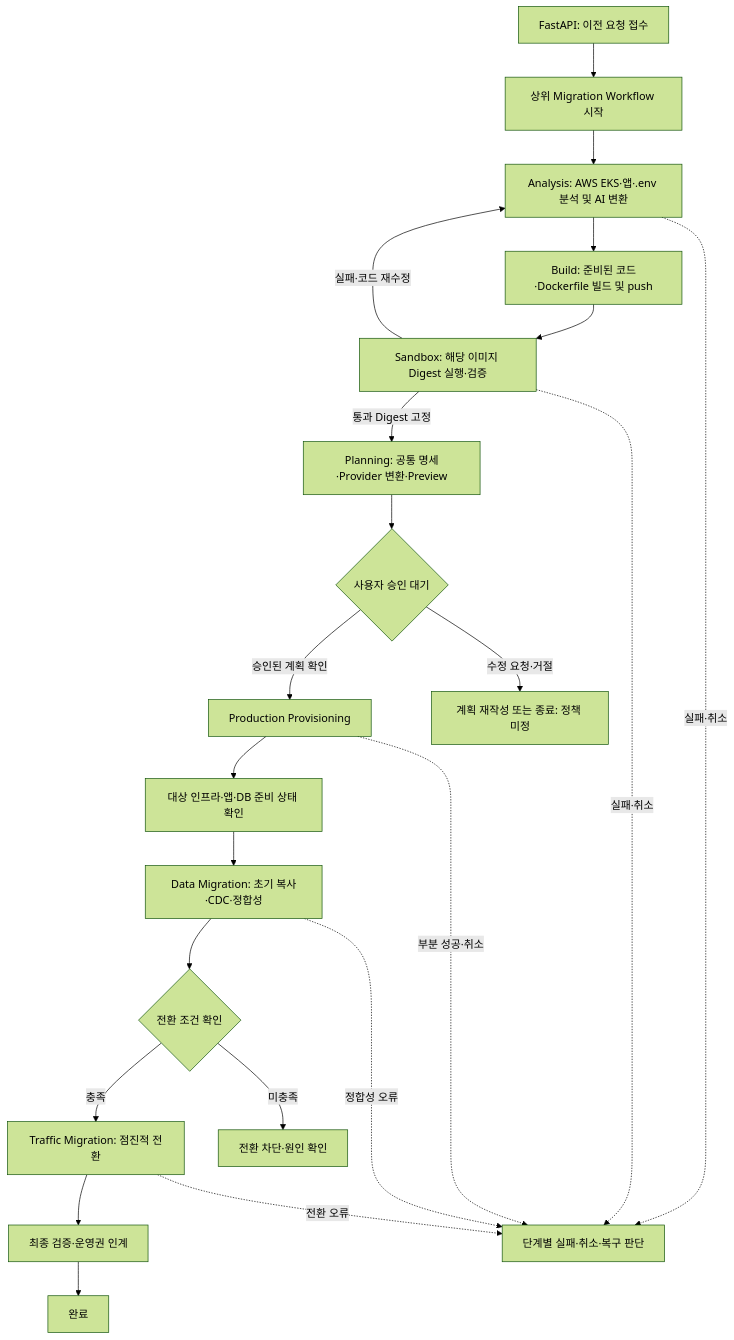
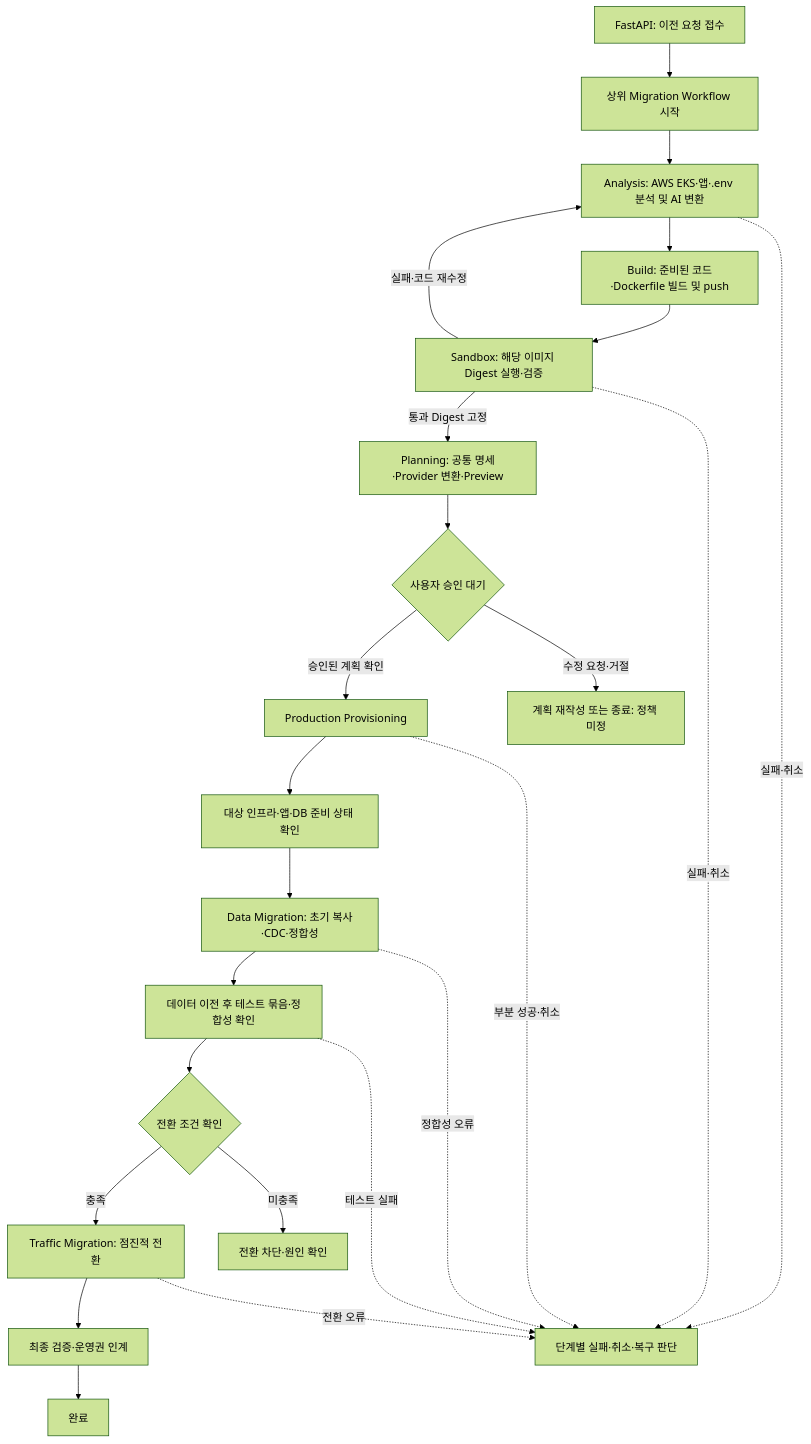
One commit to SoftBank-Hackathon-2026-Team-Jackal/cloud-migration-platform changed the diagram in docs/architecture/temporal-flow.md. Above: the diagram before and after it, drawn with Mermaid (forest theme). The commit also changed other lines of this file and 17 other files, not shown here.

````diff
--- a/docs/architecture/temporal-flow.md
+++ b/docs/architecture/temporal-flow.md
@@ -34,24 +34,26 @@
 ```mermaid
 flowchart TD
     A[FastAPI: 이전 요청 접수] --> B[상위 Migration Workflow 시작]
     B --> C[Analysis: AWS EKS·앱·.env 분석 및 AI 변환]
     C --> E[Build: 준비된 코드·Dockerfile 빌드 및 push]
     E --> D[Sandbox: 해당 이미지 Digest 실행·검증]
     D -->|실패·코드 재수정| C
     D -->|통과 Digest 고정| F[Planning: 공통 명세·Provider 변환·Preview]
     F --> G{사용자 승인 대기}
     G -->|승인된 계획 확인| H[Production Provisioning]
     G -->|수정 요청·거절| X[계획 재작성 또는 종료: 정책 미정]
     H --> I[대상 인프라·앱·DB 준비 상태 확인]
     I --> J[Data Migration: 초기 복사·CDC·정합성]
-    J --> K{전환 조건 확인}
+    J --> T[데이터 이전 후 테스트 묶음·정합성 확인]
+    T --> K{전환 조건 확인}
     K -->|충족| L[Traffic Migration: 점진적 전환]
     K -->|미충족| Y[전환 차단·원인 확인]
     L --> M[최종 검증·운영권 인계]
     M --> N[완료]
     C -. 실패·취소 .-> Z[단계별 실패·취소·복구 판단]
     D -. 실패·취소 .-> Z
     H -. 부분 성공·취소 .-> Z
     J -. 정합성 오류 .-> Z
+    T -. 테스트 실패 .-> Z
     L -. 전환 오류 .-> Z
 ```
````
